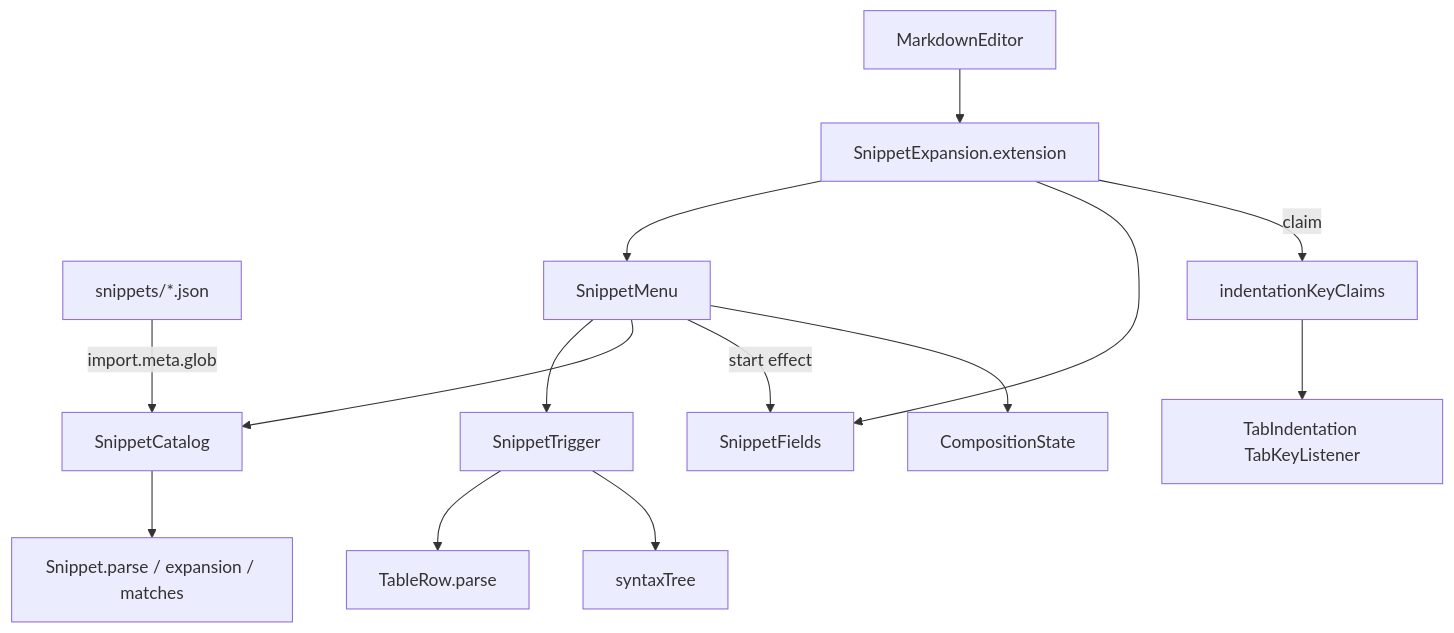
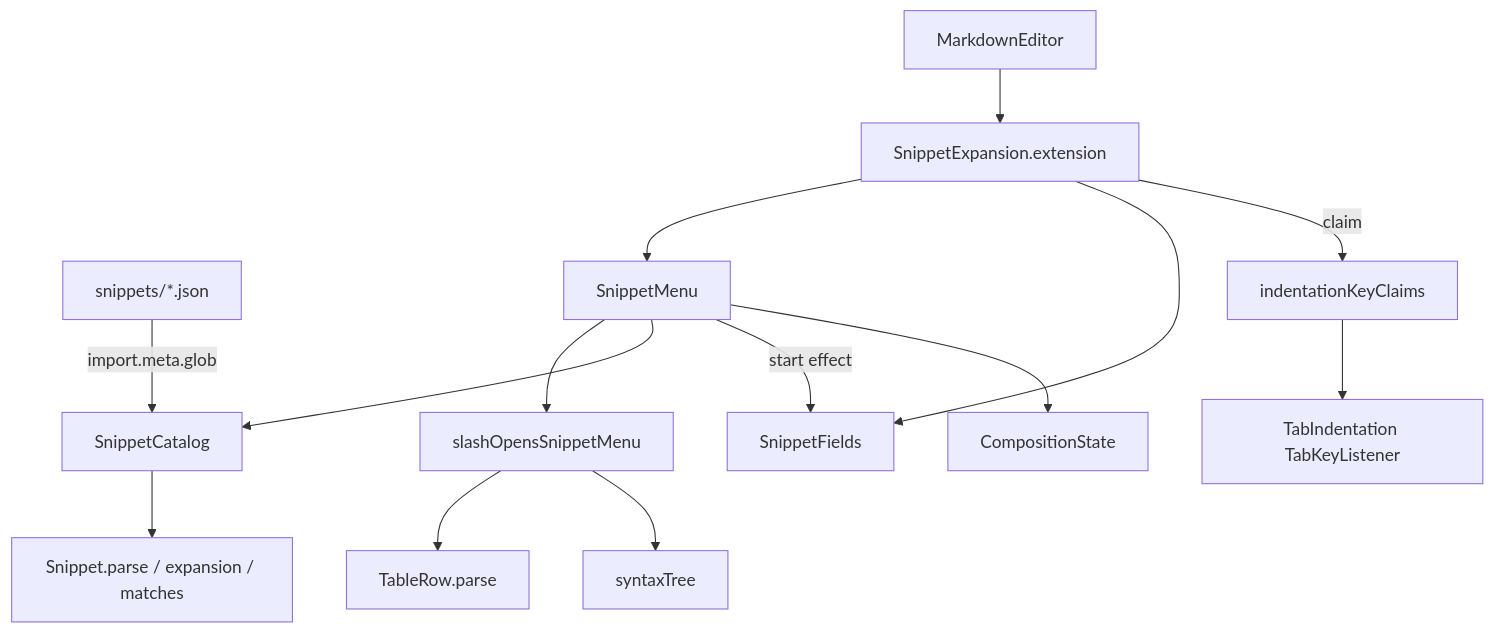
One commit to CodeMachine0121/Rustle changed the diagram in .sdd/2026-08-22-snippet-templates/ARCH.md. Above: the diagram before and after it, drawn with Mermaid. The commit also changed other lines of this file, not shown here.

Commit message:
docs: align the snippet design with the code as built

````diff
--- a/.sdd/2026-08-22-snippet-templates/ARCH.md
+++ b/.sdd/2026-08-22-snippet-templates/ARCH.md
@@ -68,14 +68,14 @@
 ```mermaid
 flowchart TD
     Files[snippets/*.json] -- import.meta.glob --> Catalog[SnippetCatalog]
     Catalog --> Snippet[Snippet.parse / expansion / matches]
     Editor[MarkdownEditor] --> Expansion[SnippetExpansion.extension]
     Expansion --> Menu[SnippetMenu]
     Expansion --> Fields[SnippetFields]
     Expansion -- claim --> Facet[indentationKeyClaims]
     Facet --> Tab[TabIndentation TabKeyListener]
-    Menu --> Trigger[SnippetTrigger] --> Row[TableRow.parse] & Tree[syntaxTree]
+    Menu --> Trigger[slashOpensSnippetMenu] --> Row[TableRow.parse] & Tree[syntaxTree]
     Menu --> Catalog
     Menu -- start effect --> Fields
     Menu --> Composition[CompositionState]
 ```
````
